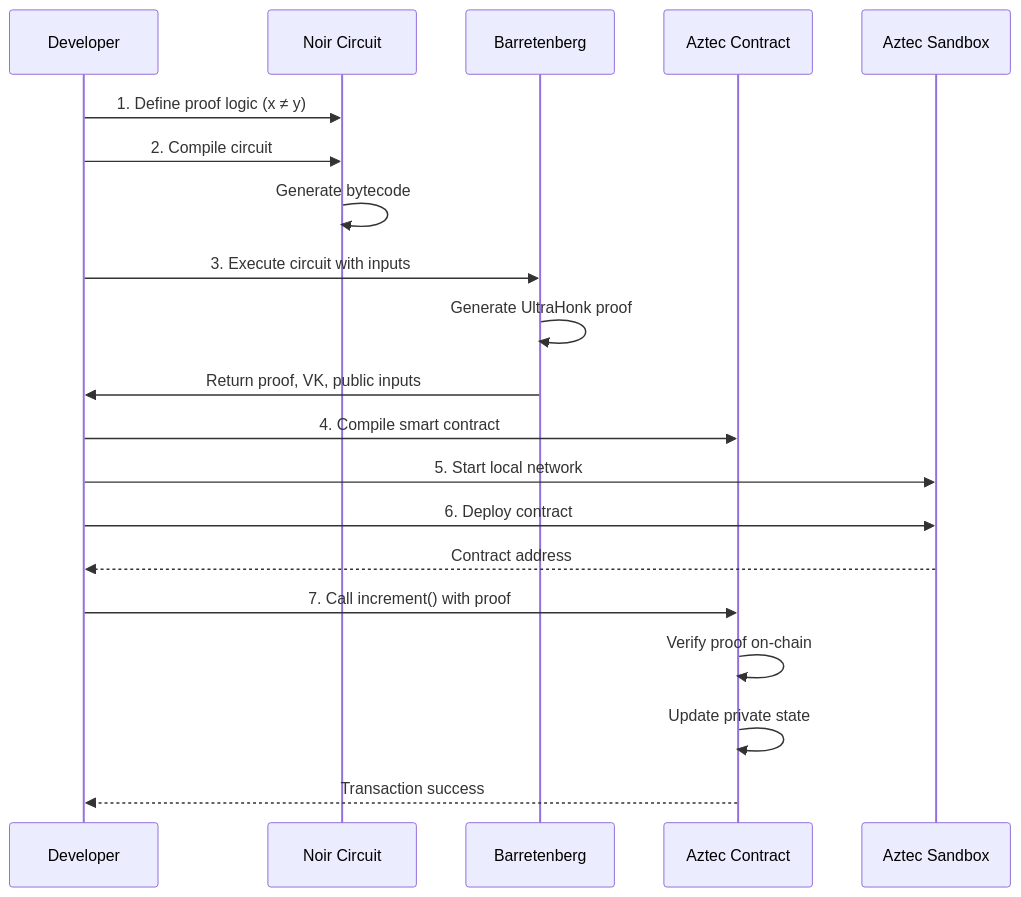
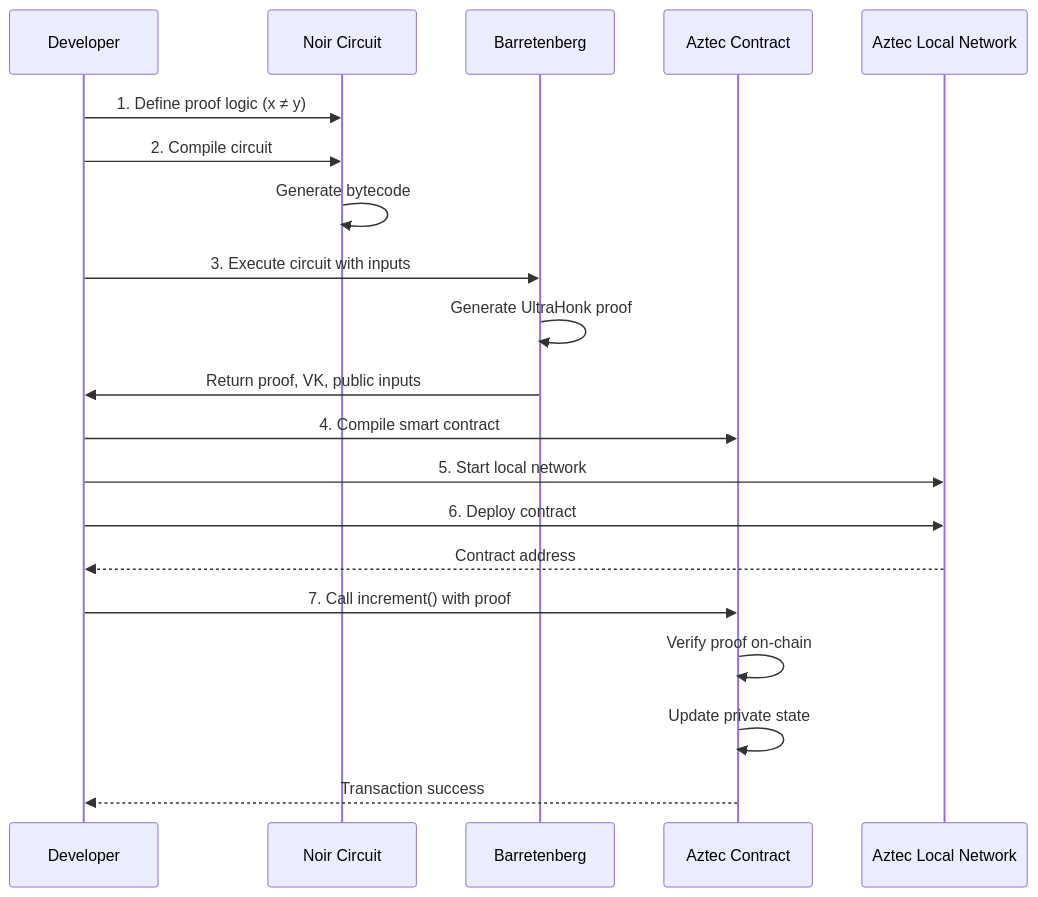
Before and after one commit to AztecProtocol/aztec-examples: the second of 2 diagrams in recursive_verification/EXPLAINER.md, drawn with Mermaid. The commit also changed other lines of this file and 8 other files, not shown here.

Commit message:
Update workflows and documentation to replace 'sandbox' with 'local-network'

````diff
--- a/recursive_verification/EXPLAINER.md
+++ b/recursive_verification/EXPLAINER.md
@@ -67,27 +67,27 @@
 ```mermaid
 sequenceDiagram
     participant Dev as Developer
     participant Circuit as Noir Circuit
     participant BB as Barretenberg
     participant Contract as Aztec Contract
-    participant Sandbox as Aztec Sandbox
+    participant LocalNet as Aztec Local Network
 
     Dev->>Circuit: 1. Define proof logic (x ≠ y)
     Dev->>Circuit: 2. Compile circuit
     Circuit->>Circuit: Generate bytecode
 
     Dev->>BB: 3. Execute circuit with inputs
     BB->>BB: Generate UltraHonk proof
     BB->>Dev: Return proof, VK, public inputs
 
     Dev->>Contract: 4. Compile smart contract
-    Dev->>Sandbox: 5. Start local network
+    Dev->>LocalNet: 5. Start local network
 
-    Dev->>Sandbox: 6. Deploy contract
-    Sandbox-->>Dev: Contract address
+    Dev->>LocalNet: 6. Deploy contract
+    LocalNet-->>Dev: Contract address
 
     Dev->>Contract: 7. Call increment() with proof
     Contract->>Contract: Verify proof on-chain
     Contract->>Contract: Update private state
     Contract-->>Dev: Transaction success
 ```
````
